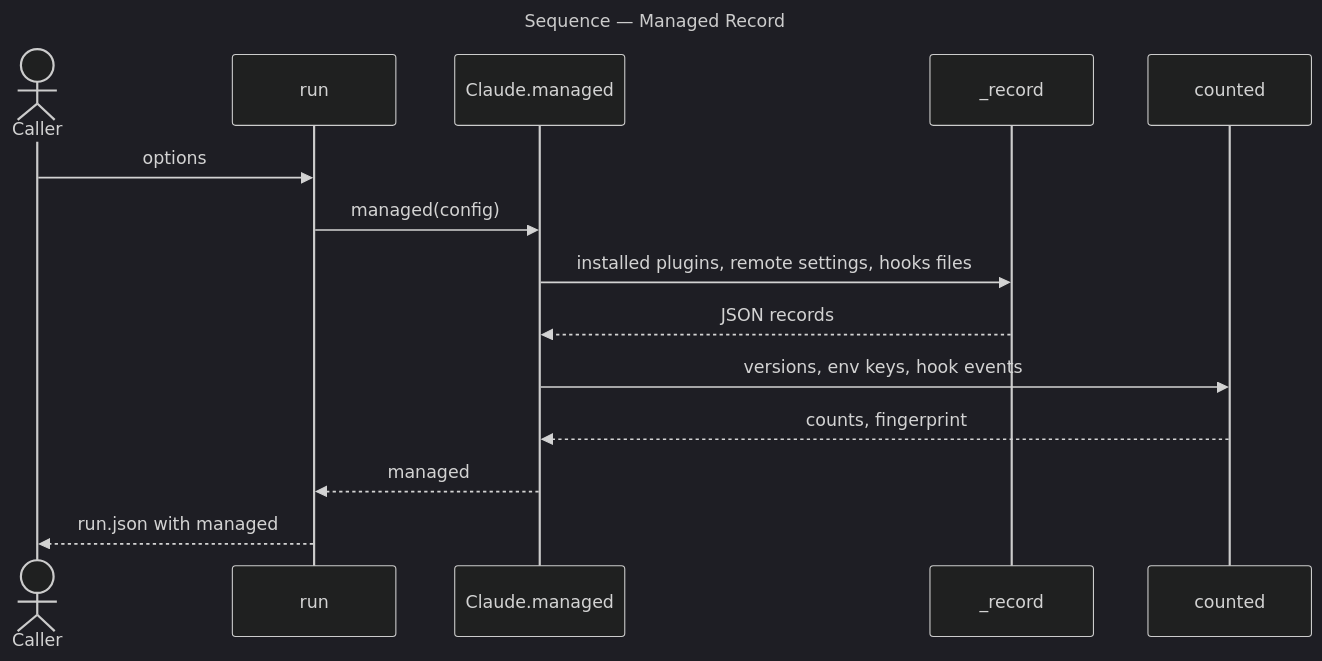
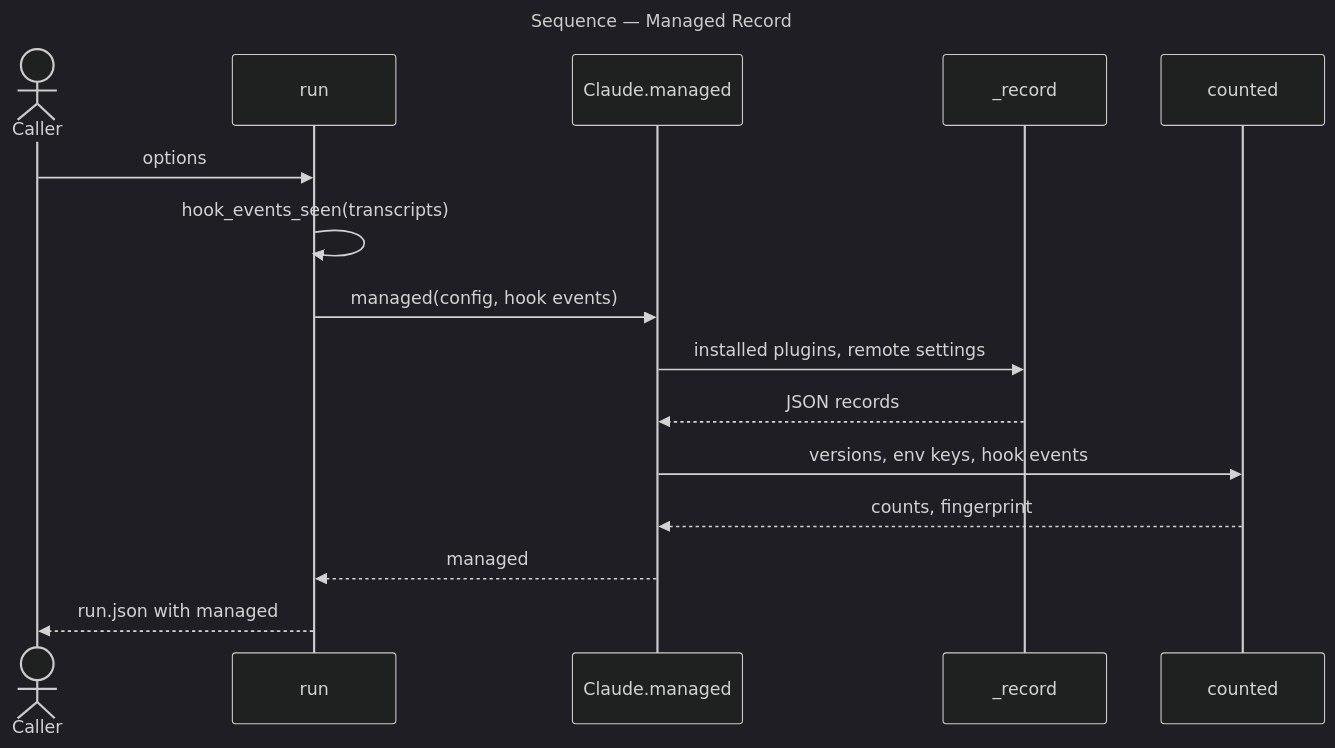
One commit to m2ux/prosiform changed the second of 3 diagrams in artifacts/planning/2026-11-03-616-i10-e05-mvp-proof/architecture-overview.md. Above: the diagram before and after it, drawn with Mermaid (dark theme). The commit also changed other lines of this file and 1 other file, not shown here.

````diff
--- a/artifacts/planning/2026-11-03-616-i10-e05-mvp-proof/architecture-overview.md
+++ b/artifacts/planning/2026-11-03-616-i10-e05-mvp-proof/architecture-overview.md
@@ -95,20 +99,21 @@
 ```mermaid
 ---
 title: Sequence — Managed Record
 ---
 sequenceDiagram
     actor Caller
     participant Run as run
     participant Claude as Claude.managed
     participant Rec as _record
     participant Count as counted
 
     Caller->>Run: options
-    Run->>Claude: managed(config)
-    Claude->>Rec: installed plugins, remote settings, hooks files
+    Run->>Run: hook_events_seen(transcripts)
+    Run->>Claude: managed(config, hook events)
+    Claude->>Rec: installed plugins, remote settings
     Rec-->>Claude: JSON records
     Claude->>Count: versions, env keys, hook events
     Count-->>Claude: counts, fingerprint
     Claude-->>Run: managed
     Run-->>Caller: run.json with managed
 ```
````
